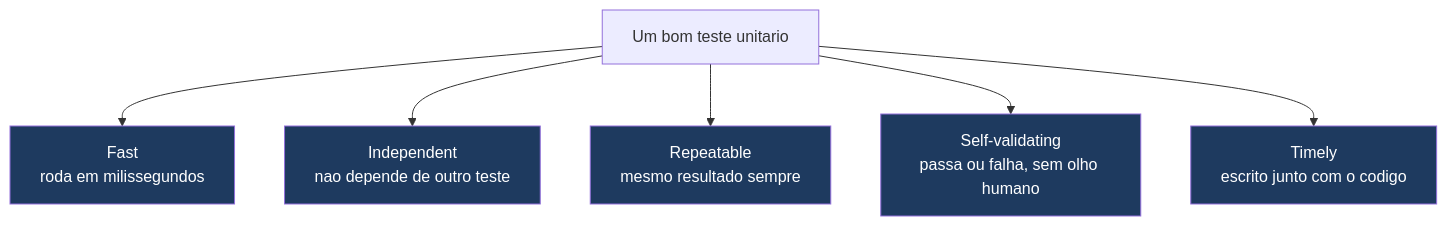
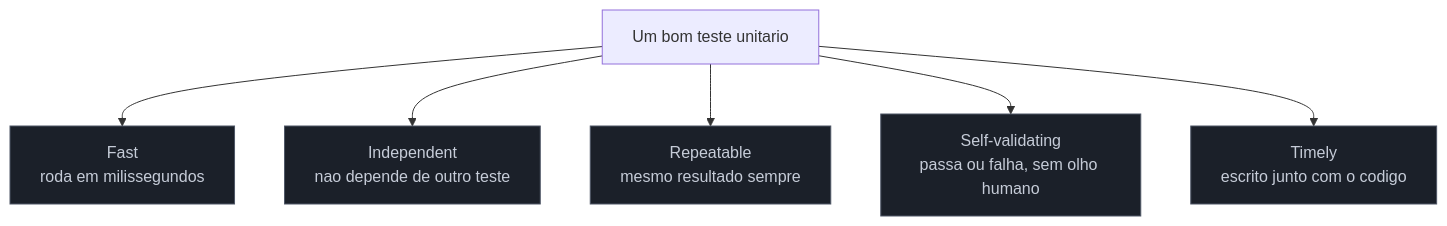
The fourth of 4 diagrams in 03-Dominios/Engenharia/Testes/03 - Anatomia de um bom teste.md (josenaldo/codex-technomanticus), drawn with Mermaid before and after one commit. The commit also changed other lines of this file and 1181 other files, not shown here.

First line of the commit message:
fix(diagramas): paleta do sistema no lugar de cor cravada no markdown

````diff
--- a/03-Dominios/Engenharia/Testes/03 - Anatomia de um bom teste.md
+++ b/03-Dominios/Engenharia/Testes/03 - Anatomia de um bom teste.md
@@ -158,14 +163,15 @@
 ```mermaid
 flowchart TB
+    classDef neutro fill:#1B2029,stroke:#4E5666,color:#C6CCD8
     FIRST["Um bom teste unitario"]
     FIRST --> F["Fast<br/>roda em milissegundos"]
     FIRST --> I["Independent<br/>nao depende de outro teste"]
     FIRST --> R["Repeatable<br/>mesmo resultado sempre"]
     FIRST --> S["Self-validating<br/>passa ou falha, sem olho humano"]
     FIRST --> T["Timely<br/>escrito junto com o codigo"]
-    style F fill:#1e3a5f,color:#fff
-    style I fill:#1e3a5f,color:#fff
-    style R fill:#1e3a5f,color:#fff
-    style S fill:#1e3a5f,color:#fff
-    style T fill:#1e3a5f,color:#fff
+    class F neutro
+    class I neutro
+    class R neutro
+    class S neutro
+    class T neutro
 ```
````
